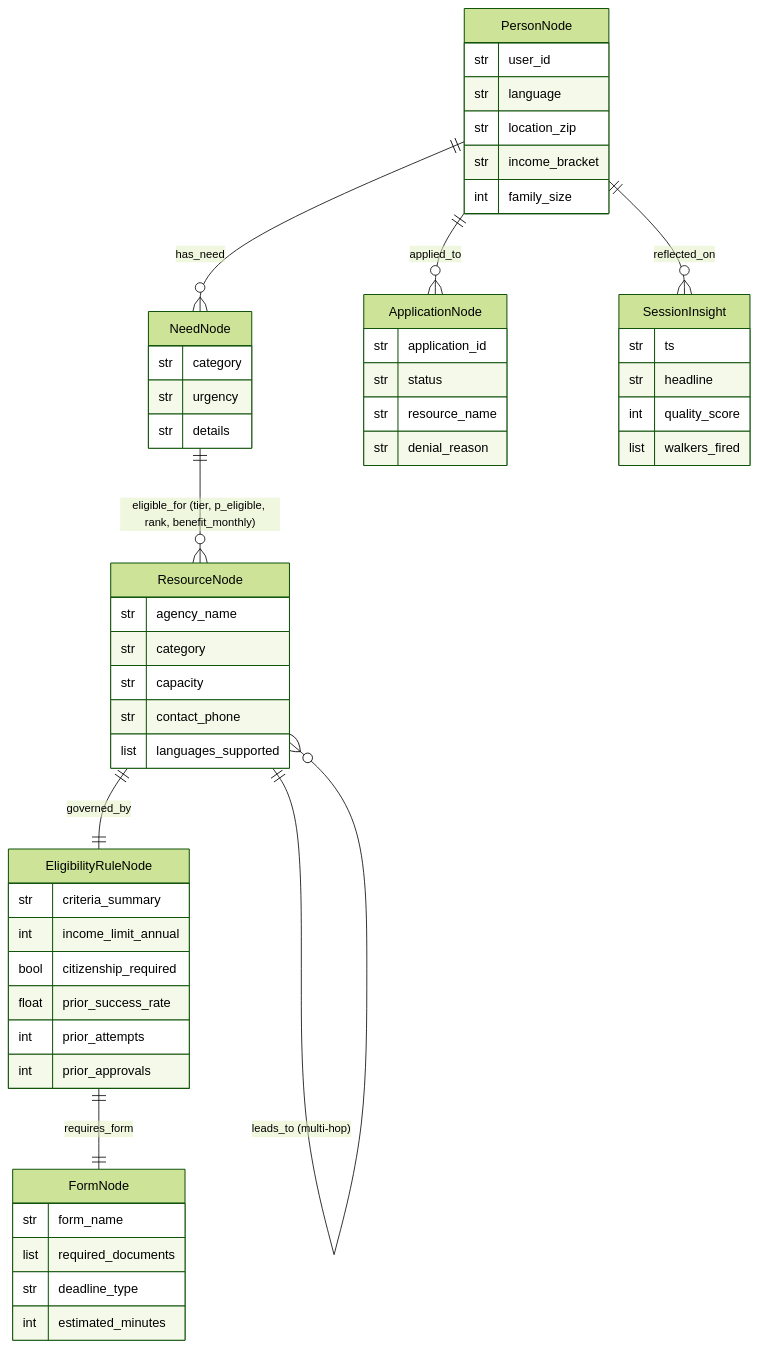
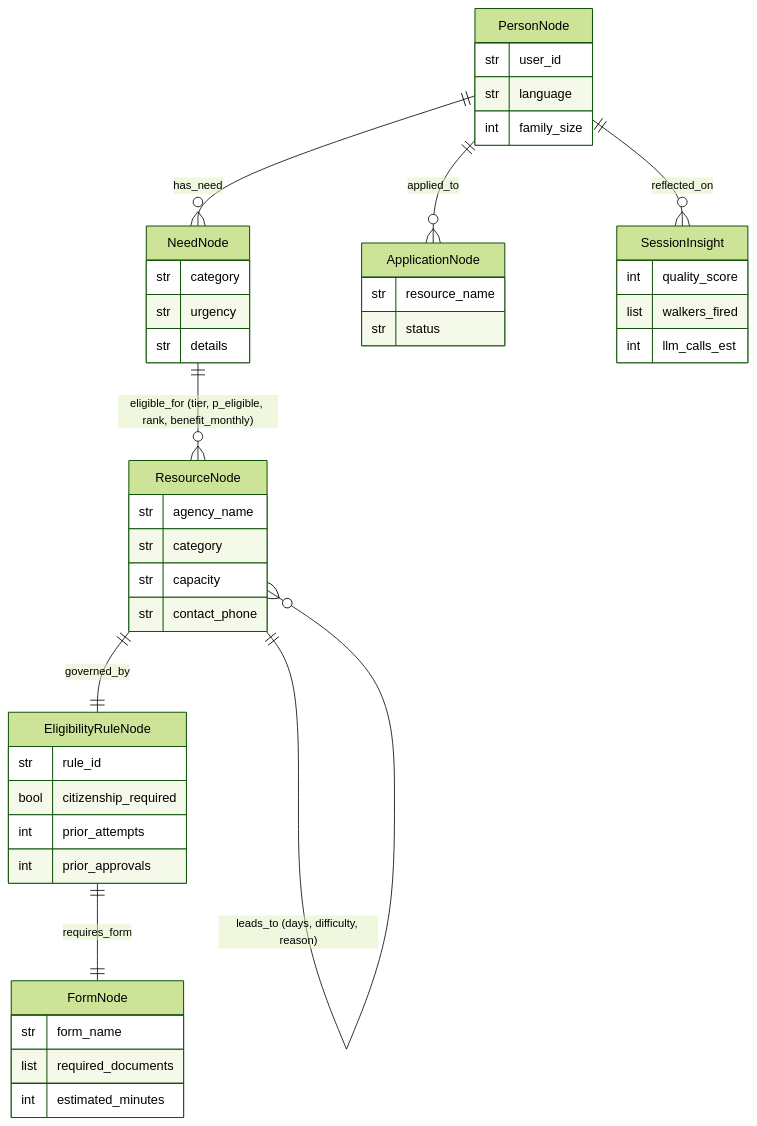
Before and after one commit to Anbu-00001/CivicMesh: the eighth of 9 diagrams in README.md, drawn with Mermaid (forest theme). The commit also changed other lines of this file and 18 other files, not shown here.

````diff
--- a/README.md
+++ b/README.md
@@ -169,56 +349,47 @@
 ```mermaid
 erDiagram
     PersonNode ||--o{ NeedNode : "has_need"
     PersonNode ||--o{ ApplicationNode : "applied_to"
     PersonNode ||--o{ SessionInsight : "reflected_on"
     NeedNode ||--o{ ResourceNode : "eligible_for (tier, p_eligible, rank, benefit_monthly)"
     ResourceNode ||--|| EligibilityRuleNode : "governed_by"
     EligibilityRuleNode ||--|| FormNode : "requires_form"
-    ResourceNode ||--o{ ResourceNode : "leads_to (multi-hop)"
+    ResourceNode ||--o{ ResourceNode : "leads_to (days, difficulty, reason)"
 
     PersonNode {
         str user_id
         str language
-        str location_zip
-        str income_bracket
         int family_size
     }
     NeedNode {
         str category
         str urgency
         str details
     }
     ResourceNode {
         str agency_name
         str category
         str capacity
         str contact_phone
-        list languages_supported
     }
     EligibilityRuleNode {
-        str criteria_summary
-        int income_limit_annual
+        str rule_id
         bool citizenship_required
-        float prior_success_rate
         int prior_attempts
         int prior_approvals
     }
     FormNode {
         str form_name
         list required_documents
-        str deadline_type
         int estimated_minutes
     }
     ApplicationNode {
-        str application_id
+        str resource_name
         str status
-        str resource_name
-        str denial_reason
     }
     SessionInsight {
-        str ts
-        str headline
         int quality_score
         list walkers_fired
+        int llm_calls_est
     }
 ```
````
